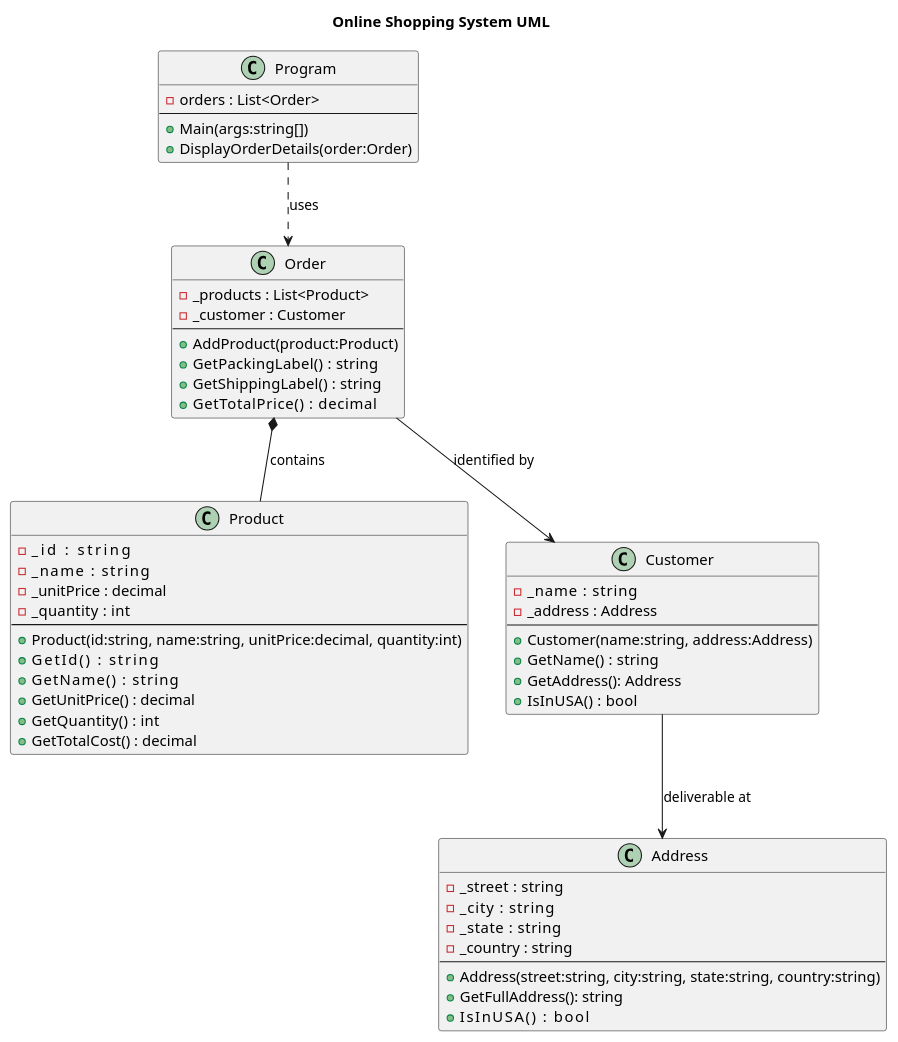
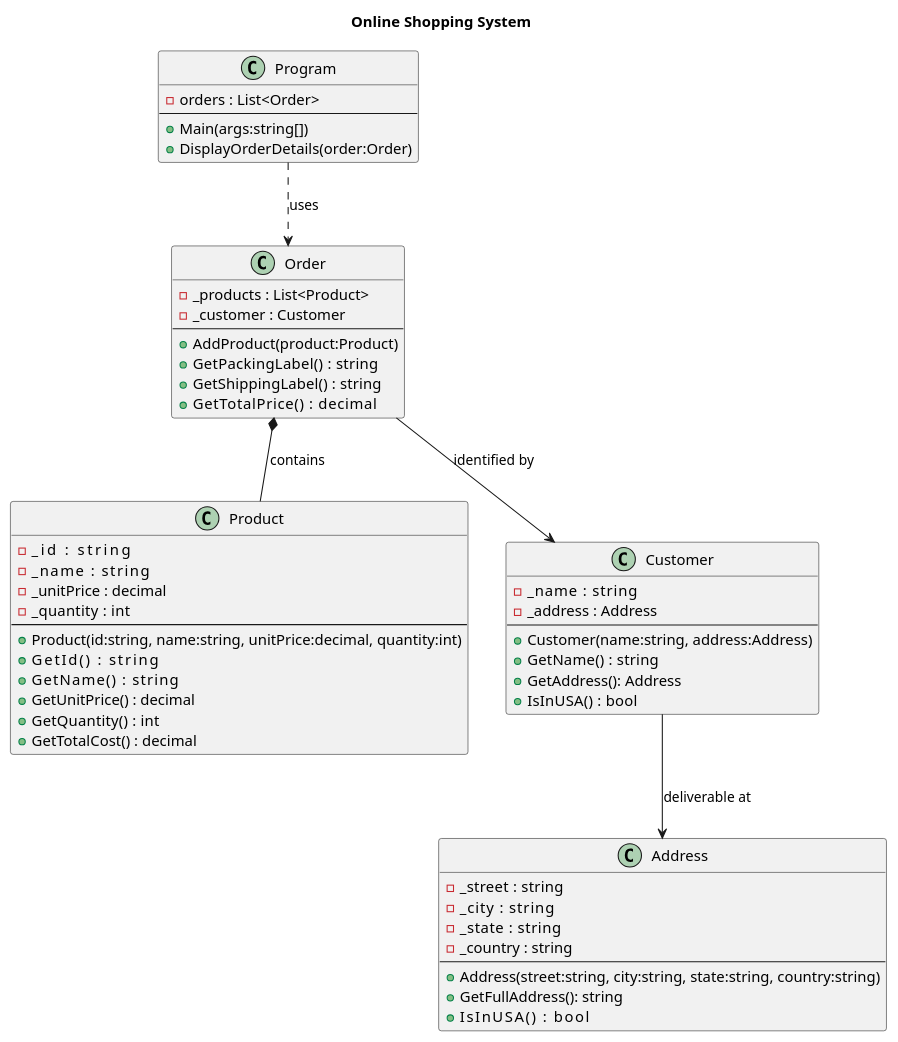
Before and after one commit to hwalkermerrill/cse210-programming-with-classes: the diagram in final/Foundation2/classUML.wsd, drawn with PlantUML.

Commit message:
fix title to match future titles

```diff
--- a/final/Foundation2/classUML.wsd
+++ b/final/Foundation2/classUML.wsd
@@ -1,78 +1,78 @@
 @startuml
-title Online Shopping System UML
+title Online Shopping System
 
 '--------------------------------------------------
 ' Main driver: creates orders and displays labels
 '--------------------------------------------------
 class Program {
   - orders : List<Order>
   --
   + Main(args:string[])
   + DisplayOrderDetails(order:Order)
 }
 
 '--------------------------------------------------
 ' Order: holds products + customer; computes totals & labels
 '--------------------------------------------------
 class Order {
   - _products : List<Product>
   - _customer : Customer
   --
   + AddProduct(product:Product)
   + GetPackingLabel()   : string
   + GetShippingLabel()  : string
   + GetTotalPrice()     : decimal
 }
 
 '--------------------------------------------------
 ' Product: id, name, price, quantity → total cost
 '--------------------------------------------------
 class Product {
   - _id        : string
   - _name      : string
   - _unitPrice : decimal
   - _quantity  : int
   --
   + Product(id:string, name:string, unitPrice:decimal, quantity:int)
   + GetId()        : string
   + GetName()      : string
   + GetUnitPrice() : decimal
   + GetQuantity()  : int
   + GetTotalCost() : decimal
 }
 
 '--------------------------------------------------
 ' Customer: name + address; checks USA residency
 '--------------------------------------------------
 class Customer {
   - _name    : string
   - _address : Address
   --
   + Customer(name:string, address:Address)
   + GetName()  : string
   + GetAddress(): Address
   + IsInUSA()  : bool
 }
 
 '--------------------------------------------------
 ' Address: street, city, state, country; formats & checks country
 '--------------------------------------------------
 class Address {
   - _street  : string
   - _city    : string
   - _state   : string
   - _country : string
   --
   + Address(street:string, city:string, state:string, country:string)
   + GetFullAddress(): string
   + IsInUSA()       : bool
 }
 
 '--------------------------------------------------
 ' Relationships
 '--------------------------------------------------
 Program       ..> Order     : uses
 Order         *-- Product   : contains
 Order         --> Customer  : identified by
 Customer      --> Address   : deliverable at
 @enduml
```
